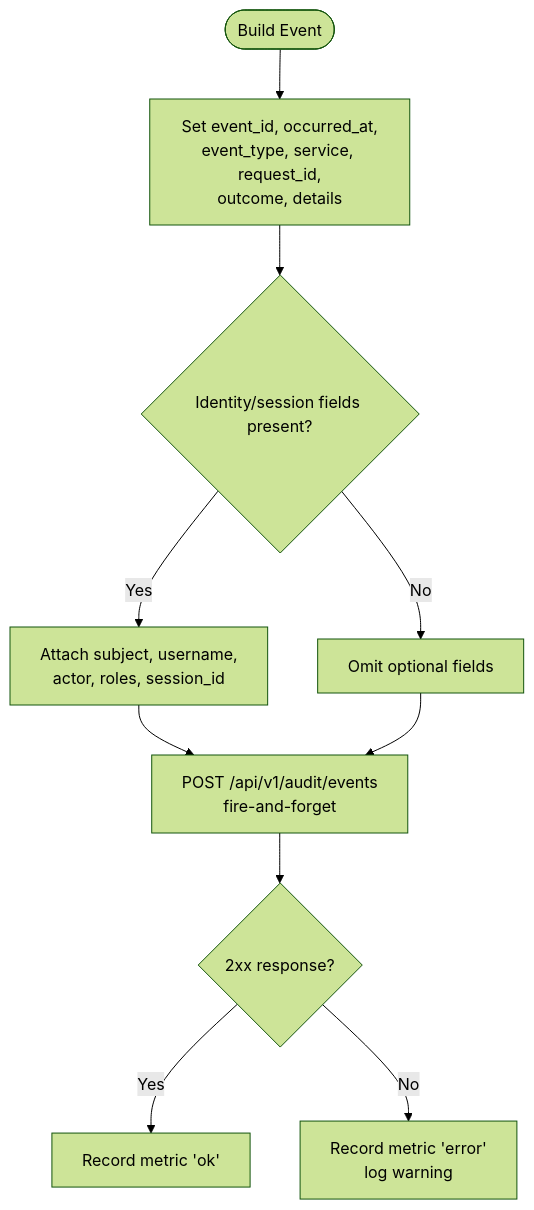
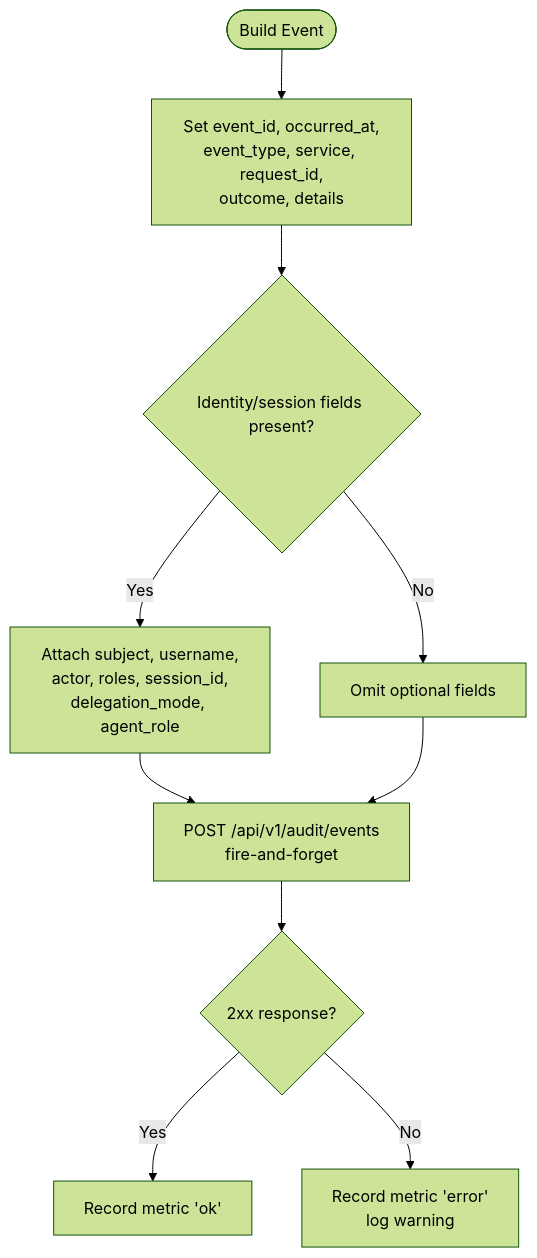
Before and after one commit to metasync/luban-aiops: the fourth of 5 diagrams in .qoder/repowiki/en/content/Audit Trail and Compliance/Audit Event Model.md, drawn with Mermaid (forest theme). The commit also changed other lines of this file and 219 other files, not shown here.

````diff
--- a/.qoder/repowiki/en/content/Audit Trail and Compliance/Audit Event Model.md
+++ b/.qoder/repowiki/en/content/Audit Trail and Compliance/Audit Event Model.md
@@ -218,12 +254,12 @@
 ```mermaid
 flowchart TD
 Start(["Build Event"]) --> SetRequired["Set event_id, occurred_at,<br/>event_type, service, request_id,<br/>outcome, details"]
 SetRequired --> AddOptional{"Identity/session fields present?"}
-AddOptional --> |Yes| AttachFields["Attach subject, username,<br/>actor, roles, session_id"]
+AddOptional --> |Yes| AttachFields["Attach subject, username,<br/>actor, roles, session_id,<br/>delegation_mode, agent_role"]
 AddOptional --> |No| SkipFields["Omit optional fields"]
 AttachFields --> Deliver["POST /api/v1/audit/events<br/>fire-and-forget"]
 SkipFields --> Deliver
 Deliver --> Success{"2xx response?"}
 Success --> |Yes| RecordOK["Record metric 'ok'"]
 Success --> |No| RecordErr["Record metric 'error'<br/>log warning"]
 ```
````
